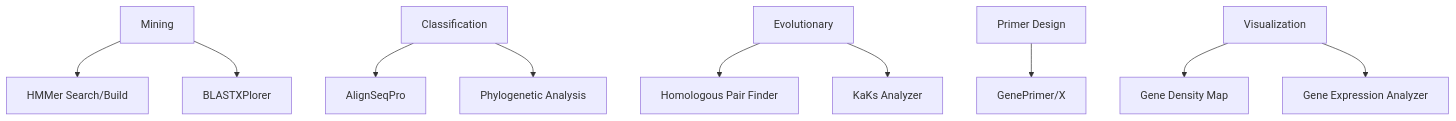
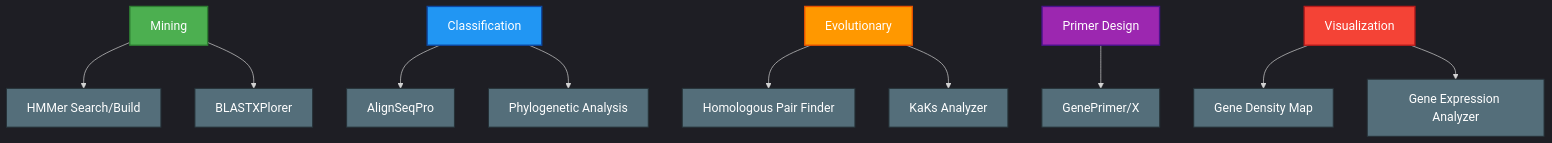
One commit to NoorulemanAbid/nooruleman changed the second of 2 diagrams in README.md. Above: the diagram before and after it, drawn with Mermaid. The commit also changed other lines of this file, not shown here.

````diff
--- a/README.md
+++ b/README.md
@@ -71,12 +84,30 @@
 ```mermaid
-graph TD
-    A[Mining] --> A1[HMMer Search/Build]
-    A --> A2[BLASTXPlorer]
-    B[Classification] --> B1[AlignSeqPro]
-    B --> B2[Phylogenetic Analysis]
-    C[Evolutionary] --> C1[Homologous Pair Finder]
-    C --> C2[KaKs Analyzer]
-    D[Primer Design] --> D1[GenePrimer/X]
-    E[Visualization] --> E1[Gene Density Map]
-    E --> E2[Gene Expression Analyzer]
+%%{init: {'theme':'dark', 'themeVariables': { 'fontSize': '18px', 'primaryColor': '#58A6FF'}}}%%
+
+    graph TD
+    A[Mining]:::mining --> A1[HMMer Search/Build]:::tool
+    A --> A2[BLASTXPlorer]:::tool
+
+    B[Classification]:::classification --> B1[AlignSeqPro]:::tool
+    B --> B2[Phylogenetic Analysis]:::tool
+
+    C[Evolutionary]:::evolution --> C1[Homologous Pair Finder]:::tool
+    C --> C2[KaKs Analyzer]:::tool
+
+    D[Primer Design]:::primer --> D1[GenePrimer/X]:::tool
+
+    E[Visualization]:::visualization --> E1[Gene Density Map]:::tool
+    E --> E2[Gene Expression Analyzer]:::tool
+
+    %% Main module styles
+    classDef mining fill:#4CAF50,stroke:#2E7D32,stroke-width:2px,color:#fff;
+    classDef classification fill:#2196F3,stroke:#0D47A1,stroke-width:2px,color:#fff;
+    classDef evolution fill:#FF9800,stroke:#E65100,stroke-width:2px,color:#fff;
+    classDef primer fill:#9C27B0,stroke:#4A148C,stroke-width:2px,color:#fff;
+    classDef visualization fill:#F44336,stroke:#B71C1C,stroke-width:2px,color:#fff;
+
+    %% Tool styles (darker background for dark mode compatibility)
+    classDef tool fill:#546E7A,stroke:#263238,stroke-width:1.5px,color:#FFFFFF;
+
+
 ```
````
